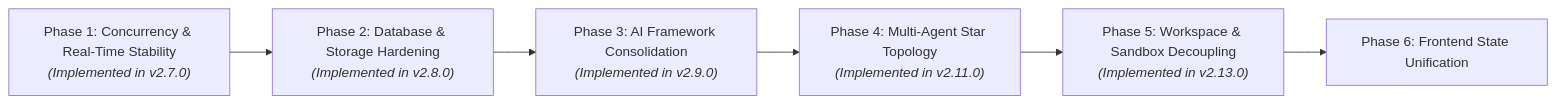
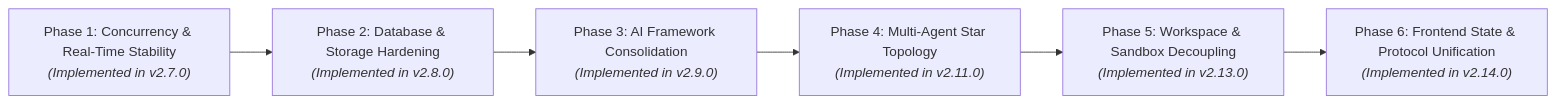
One commit to ezazulhaq/auditagent changed the first of 7 diagrams in doc/19-concurrency-and-realtime-stability-plan.md. Above: the diagram before and after it, drawn with Mermaid. The commit also changed other lines of this file and 12 other files, not shown here.

````diff
--- a/doc/19-concurrency-and-realtime-stability-plan.md
+++ b/doc/19-concurrency-and-realtime-stability-plan.md
@@ -7,8 +7,8 @@
 ```mermaid
 flowchart LR
     P1["Phase 1: Concurrency & Real-Time Stability<br/><i>(Implemented in v2.7.0)</i>"] --> P2["Phase 2: Database & Storage Hardening<br/><i>(Implemented in v2.8.0)</i>"]
     P2 --> P3["Phase 3: AI Framework Consolidation<br/><i>(Implemented in v2.9.0)</i>"]
     P3 --> P4["Phase 4: Multi-Agent Star Topology<br/><i>(Implemented in v2.11.0)</i>"]
     P4 --> P5["Phase 5: Workspace & Sandbox Decoupling<br/><i>(Implemented in v2.13.0)</i>"]
-    P5 --> P6["Phase 6: Frontend State Unification"]
+    P5 --> P6["Phase 6: Frontend State & Protocol Unification<br/><i>(Implemented in v2.14.0)</i>"]
 ```
````
